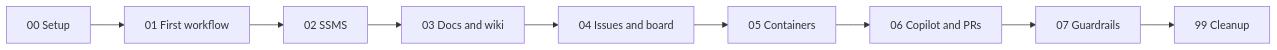
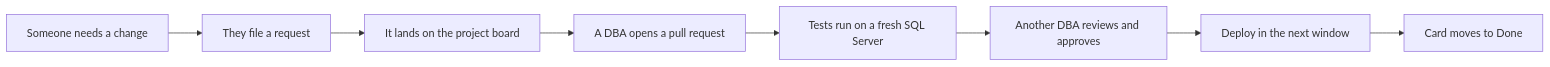
One commit to amyabelsql/DayOfData_Portland_2026 changed the diagram in 03_DocsWikiMermaid/wiki/Home.md. Above: the diagram before and after it, drawn with Mermaid. The commit also changed other lines of this file and 35 other files, not shown here.

````diff
--- a/03_DocsWikiMermaid/wiki/Home.md
+++ b/03_DocsWikiMermaid/wiki/Home.md
@@ -9,7 +19,10 @@
 ```mermaid
 flowchart LR
-    S00[00 Setup] --> S01[01 First workflow] --> S02[02 SSMS]
-    S02 --> S03[03 Docs and wiki] --> S04[04 Issues and board]
-    S04 --> S05[05 Containers] --> S06[06 Copilot and PRs]
-    S06 --> S07[07 Guardrails] --> S99[99 Cleanup]
+    R[Someone needs a change] --> I[They file a request]
+    I --> B[It lands on the project board]
+    B --> P[A DBA opens a pull request]
+    P --> T[Tests run on a fresh SQL Server]
+    T --> V[Another DBA reviews and approves]
+    V --> D[Deploy in the next window]
+    D --> C[Card moves to Done]
 ```
````
